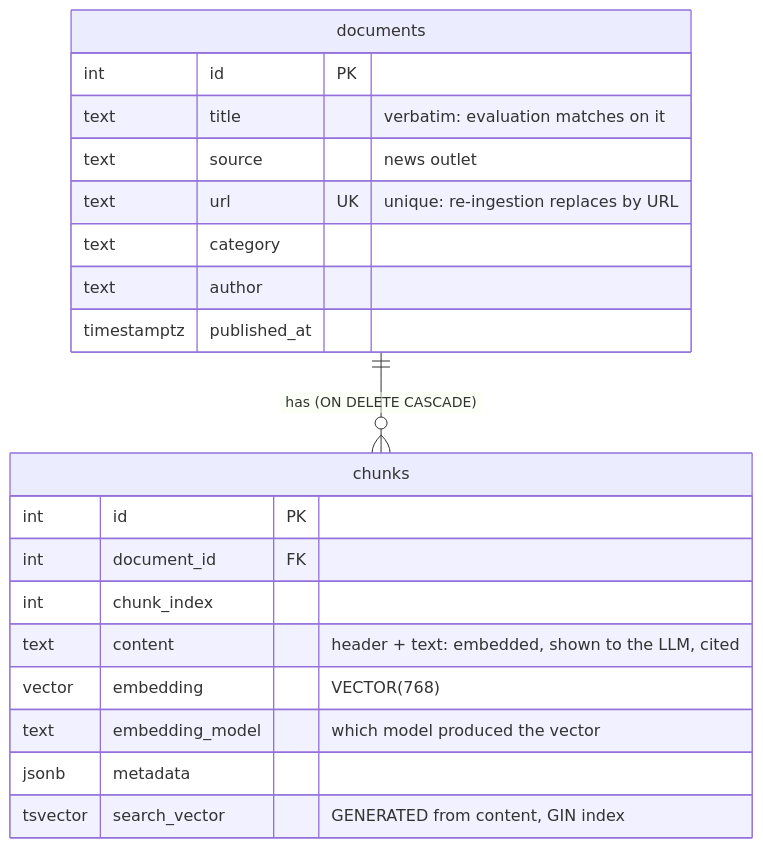
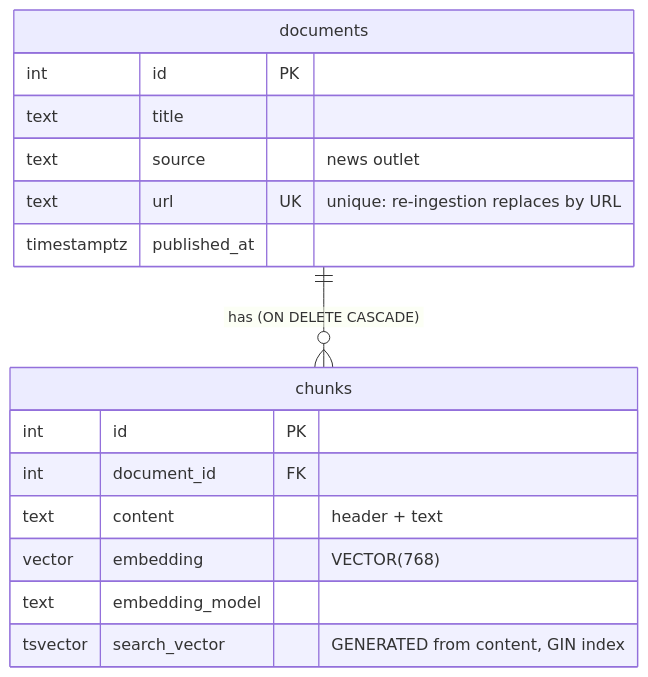
One commit to srn-source/newsrag changed the third of 3 diagrams in ARCHITECTURE.md. Above: the diagram before and after it, drawn with Mermaid. The commit also changed other lines of this file and 12 other files, not shown here.

Commit message:
docs: tighten readme, architecture and evaluation; add ui to docker compose

````diff
--- a/ARCHITECTURE.md
+++ b/ARCHITECTURE.md
@@ -167,23 +108,19 @@
 ```mermaid
 erDiagram
     documents ||--o{ chunks : "has (ON DELETE CASCADE)"
     documents {
         int id PK
-        text title "verbatim: evaluation matches on it"
+        text title
         text source "news outlet"
         text url UK "unique: re-ingestion replaces by URL"
-        text category
-        text author
         timestamptz published_at
     }
     chunks {
         int id PK
         int document_id FK
-        int chunk_index
-        text content "header + text: embedded, shown to the LLM, cited"
+        text content "header + text"
         vector embedding "VECTOR(768)"
-        text embedding_model "which model produced the vector"
-        jsonb metadata
+        text embedding_model
         tsvector search_vector "GENERATED from content, GIN index"
     }
 ```
````
